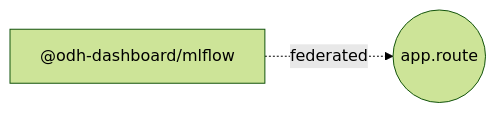
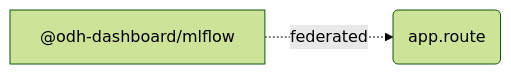
Before and after one commit to mturley/odh-dashboard: the first of 3 diagrams in packages/mlflow/docs/extensions.md, drawn with Mermaid (forest theme). The commit also changed other lines of this file and 24 other files, not shown here.

````diff
--- a/packages/mlflow/docs/extensions.md
+++ b/packages/mlflow/docs/extensions.md
@@ -30,6 +30,6 @@
 ```mermaid
 flowchart LR
   pkg_n__odh_dashboard_mlflow_1dd153["@odh-dashboard/mlflow"]
-  point_n_app_route_2735df(("app.route"))
+  point_n_app_route_2735df("app.route")
   pkg_n__odh_dashboard_mlflow_1dd153 -. "federated" .-> point_n_app_route_2735df
 ```
````
